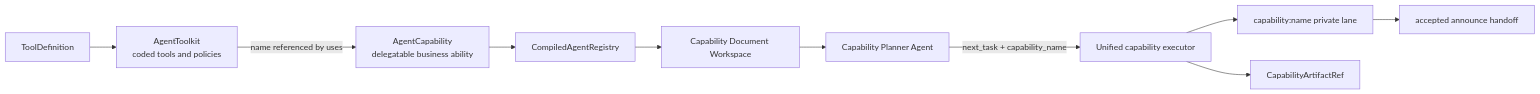
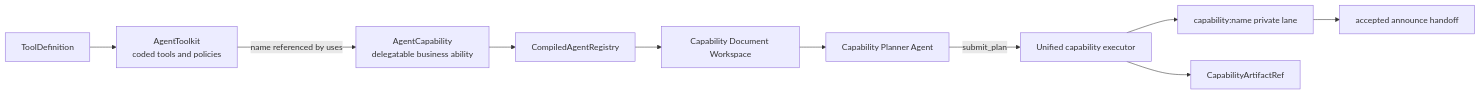
The diagram in docs/wiki/capability-toolkit-architecture.md (pinpawo/pinpawo-agent), drawn with Mermaid before and after one commit. The commit also changed other lines of this file and 24 other files, not shown here.

````diff
--- a/docs/wiki/capability-toolkit-architecture.md
+++ b/docs/wiki/capability-toolkit-architecture.md
@@ -37,12 +37,12 @@
 ```mermaid
 flowchart LR
   T["ToolDefinition"] --> K["AgentToolkit<br/>coded tools and policies"]
   K -->|name referenced by uses| C["AgentCapability<br/>delegatable business ability"]
   C --> R["CompiledAgentRegistry"]
   R --> W["Capability Document Workspace"]
   W --> P["Capability Planner Agent"]
-  P -->|next_task + capability_name| E["Unified capability executor"]
+  P -->|submit_plan| E["Unified capability executor"]
   E --> L["capability:name private lane"]
   L --> H["accepted announce handoff"]
   E --> A["CapabilityArtifactRef"]
 ```
````
